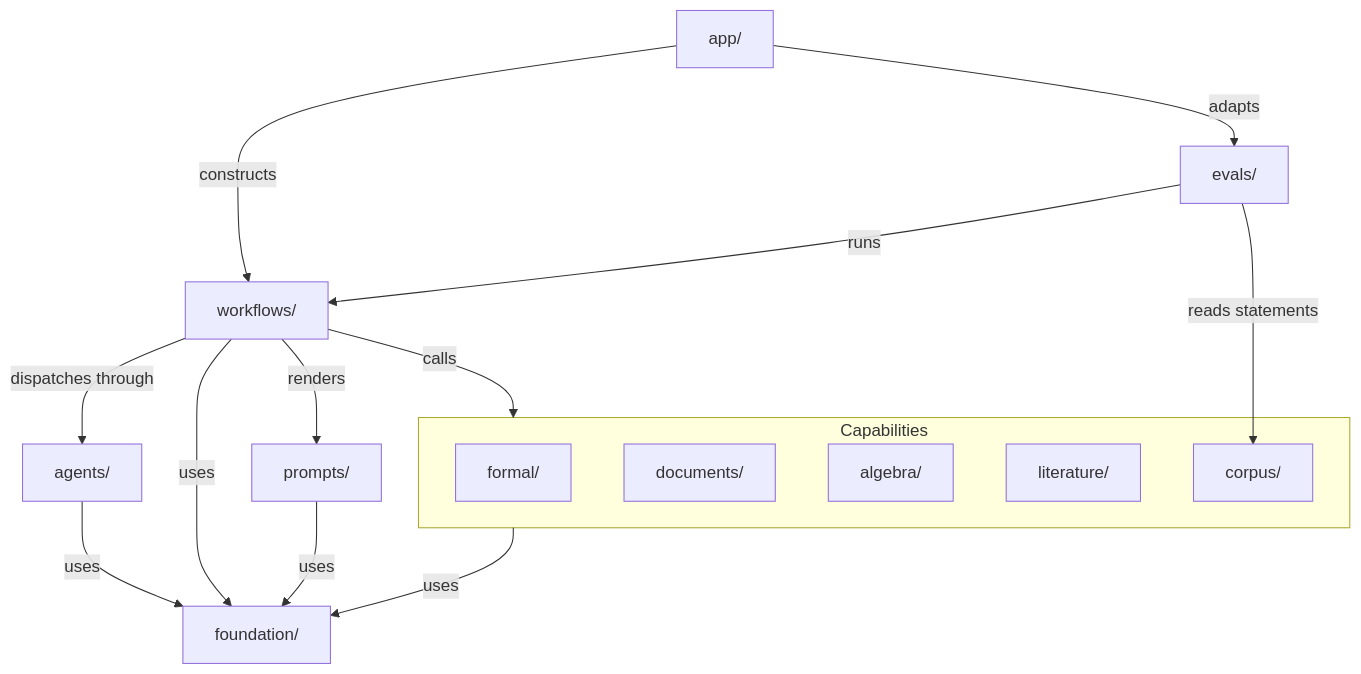
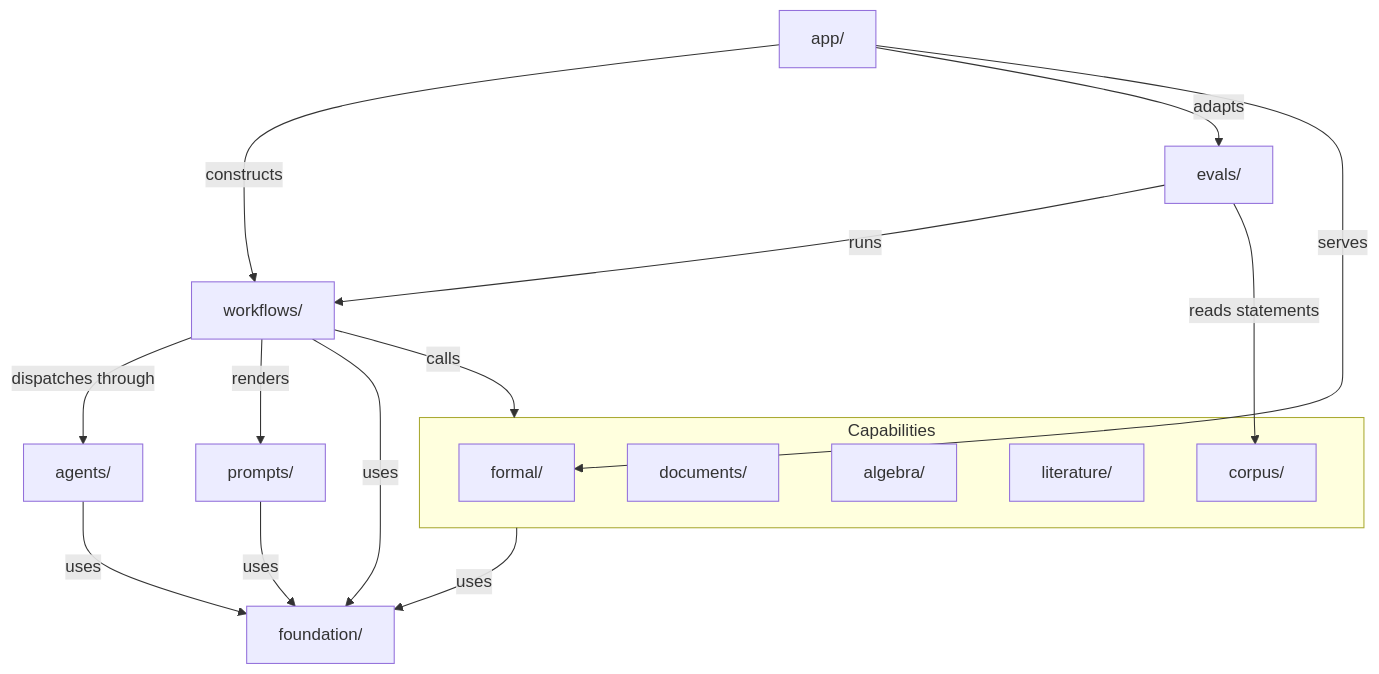
One commit to charlesmsiegel/hardy changed the second of 2 diagrams in docs/design/overview.md. Above: the diagram before and after it, drawn with Mermaid. The commit also changed other lines of this file and 6 other files, not shown here.

````diff
--- a/docs/design/overview.md
+++ b/docs/design/overview.md
@@ -112,29 +114,30 @@
 ```mermaid
 flowchart TD
     app["app/"]
     evals["evals/"]
     workflows["workflows/"]
     agents["agents/"]
     prompts["prompts/"]
     foundation["foundation/"]
 
     subgraph capabilities [Capabilities]
         formal["formal/"]
         documents["documents/"]
         algebra["algebra/"]
         literature["literature/"]
         corpus["corpus/"]
     end
 
     app -->|constructs| workflows
     app -->|adapts| evals
+    app -->|serves| formal
     evals -->|runs| workflows
     evals -->|reads statements| corpus
     workflows -->|calls| capabilities
     workflows -->|dispatches through| agents
     workflows -->|renders| prompts
     capabilities -->|uses| foundation
     agents -->|uses| foundation
     workflows -->|uses| foundation
     prompts -->|uses| foundation
 ```
````
